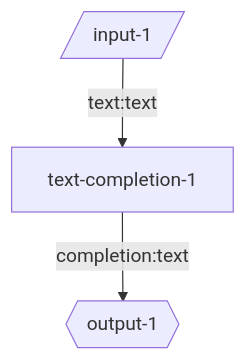
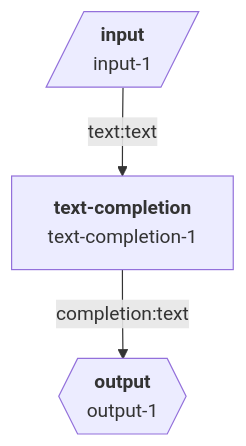
Before and after one commit to breadboard-ai/breadboard: the diagram in seeds/graph-playground/docs/graphs/simplest.md, drawn with Mermaid. The commit also changed 11 other files, not shown here.

Commit message:
[graph-playground] Show node types.

````diff
--- a/seeds/graph-playground/docs/graphs/simplest.md
+++ b/seeds/graph-playground/docs/graphs/simplest.md
@@ -4,5 +4,9 @@
 ```mermaid
 graph TD;
-input-1[/input-1/] -- text:text --> text-completion-1
-text-completion-1 -- completion:text --> output-1{{output-1}}
+input-1[/"`**input**
+input-1`"/]:::input -- text:text --> text-completion-1["`**text-completion**
+text-completion-1`"]
+text-completion-1["`**text-completion**
+text-completion-1`"] -- completion:text --> output-1{{"`**output**
+output-1`"}}:::output
 ```
````
